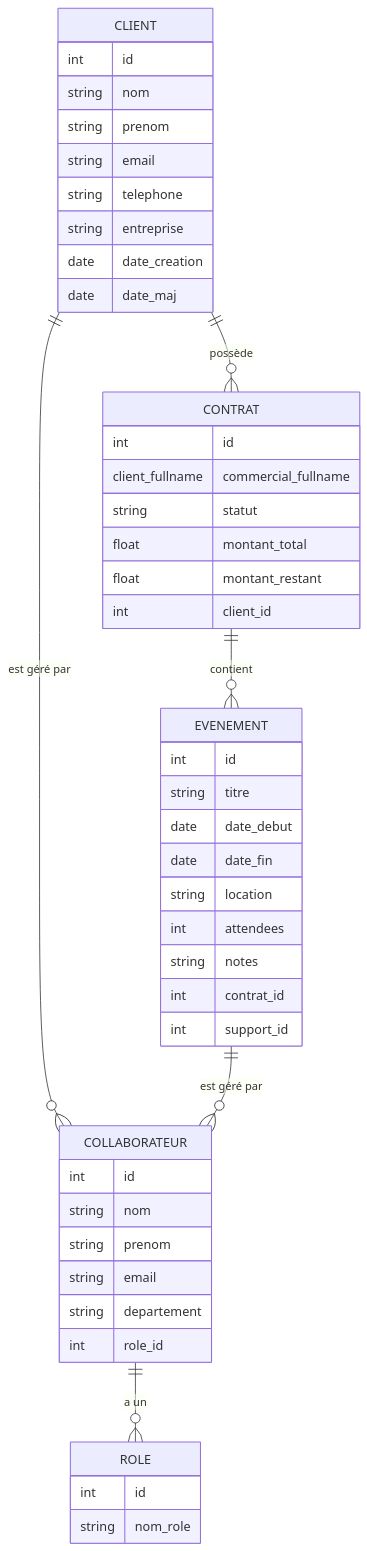
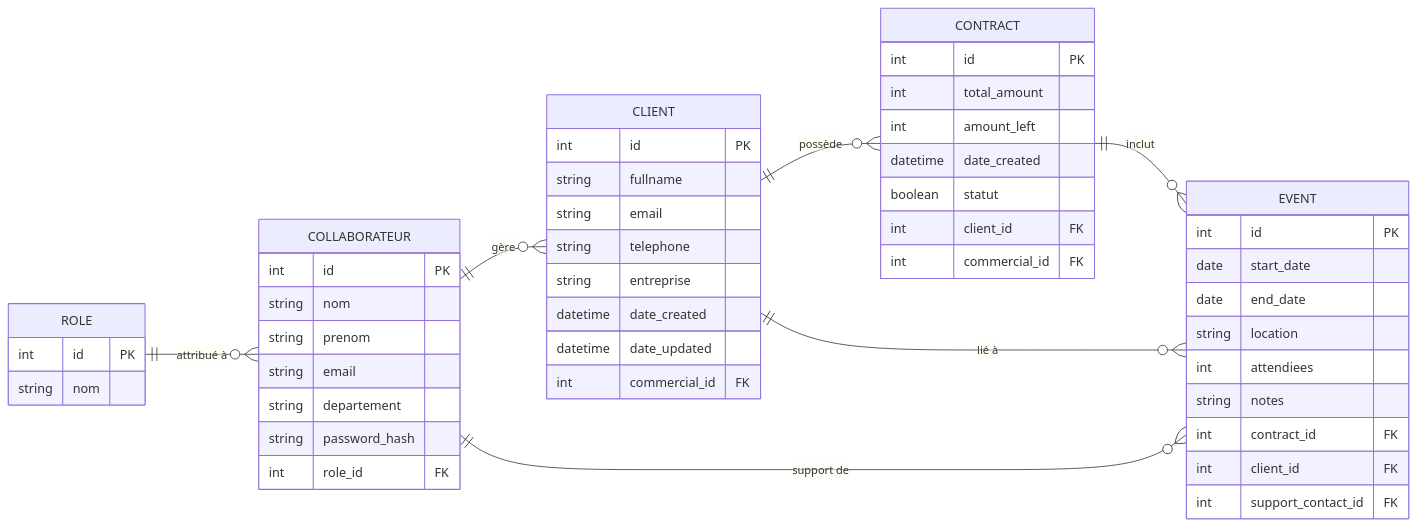
The diagram in app/diagramme.md (Kartman-lab/CLI_CRM), drawn with Mermaid before and after one commit. The commit also changed 6 other files, not shown here.

````diff
--- a/app/diagramme.md
+++ b/app/diagramme.md
@@ -1,54 +1,76 @@
 ```mermaid
 erDiagram
-    %% Définition des entités
+    direction LR
+
+    %% ENTITÉS ================================
+
     CLIENT {
-        int id
-        string nom
-        string prenom
+        int id PK
+        string fullname
         string email
         string telephone
         string entreprise
-        date date_creation
-        date date_maj
+        datetime date_created
+        datetime date_updated
+        int commercial_id FK
     }
-    CONTRAT {
-        int id
-        client_fullname
-        commercial_fullname
-        string statut
-        float montant_total
-        float montant_restant
-        int client_id
+
+    CONTRACT {
+        int id PK
+        int total_amount
+        int amount_left
+        datetime date_created
+        boolean statut
+        int client_id FK
+        int commercial_id FK
     }
-    EVENEMENT {
-        int id
-        string titre
-        date date_debut
-        date date_fin
+
+    EVENT {
+        int id PK
+        date start_date
+        date end_date
         string location
-        int attendees
+        int attendiees
         string notes
-        int contrat_id
-        int support_id
+        int contract_id FK
+        int client_id FK
+        int support_contact_id FK
     }
+
     COLLABORATEUR {
-        int id
+        int id PK
         string nom
         string prenom
         string email
         string departement
-        int role_id
-    }
-    ROLE {
-        int id
-        string nom_role
+        string password_hash
+        int role_id FK
     }
 
-    %% Relations principales
-    CLIENT ||--o{ CONTRAT : "possède"
-    CONTRAT ||--o{ EVENEMENT : "contient"
-    CLIENT ||--o{ COLLABORATEUR : "est géré par"
-    COLLABORATEUR ||--o{ ROLE : "a un"
-    EVENEMENT ||--o{ COLLABORATEUR : "est géré par"
+    ROLE {
+        int id PK
+        string nom
+    }
+
+    %% RELATIONS ================================
+
+    %% Un rôle possède plusieurs collaborateurs
+    ROLE ||--o{ COLLABORATEUR : "attribué à"
+
+    %% Un collaborateur gère plusieurs clients (commercial)
+    COLLABORATEUR ||--o{ CLIENT : "gère"
+
+    %% Un client possède plusieurs contrats
+    CLIENT ||--o{ CONTRACT : "possède"
+
+    %% Un contrat possède plusieurs événements
+    CONTRACT ||--o{ EVENT : "inclut"
+
+    %% Un client a plusieurs événements (répété dans modèle : client_id FK dans Event)
+    CLIENT ||--o{ EVENT : "lié à"
+
+    %% Un collaborateur support gère plusieurs événements
+    COLLABORATEUR ||--o{ EVENT : "support de"
+
 
 ```
````
